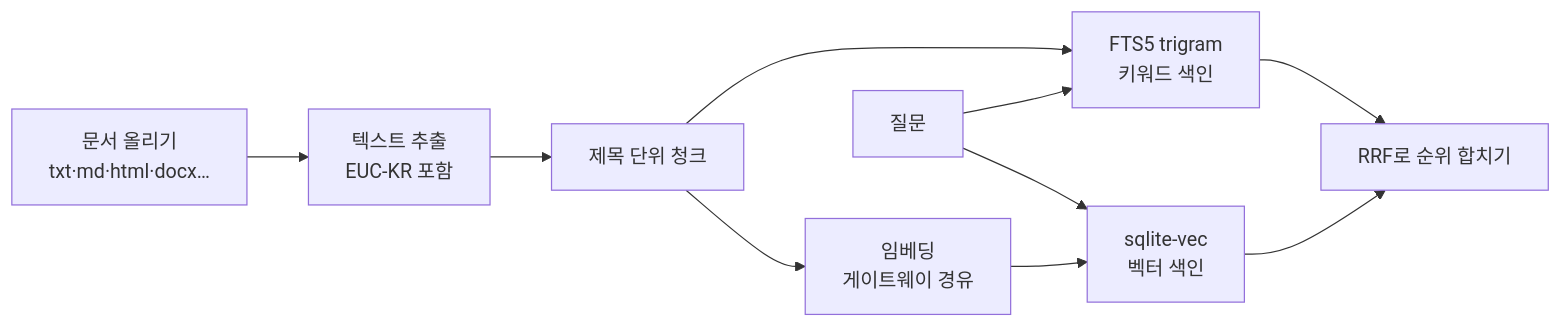
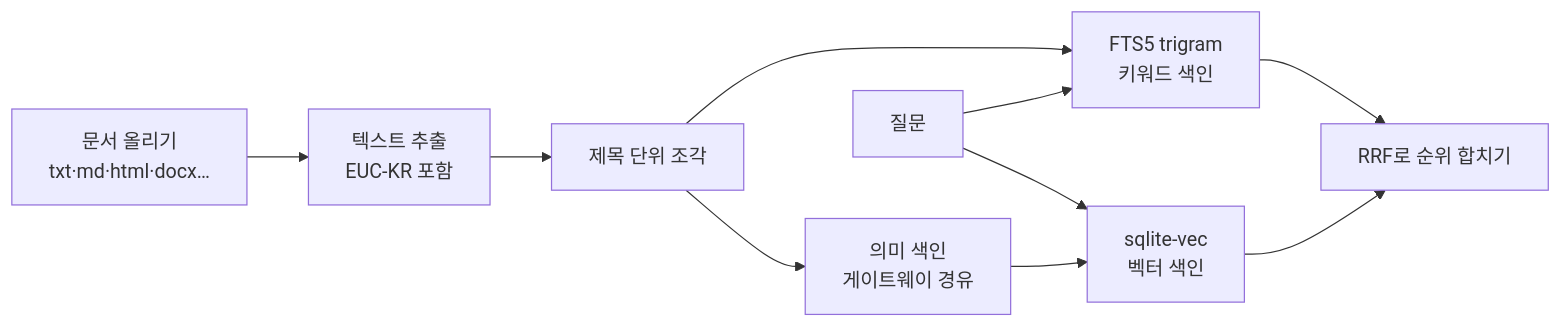
The diagram in platform/docs-rag.md (Malburi/hnix-ax-site), drawn with Mermaid before and after one commit. The commit also changed other lines of this file and 45 other files, not shown here.

````diff
--- a/platform/docs-rag.md
+++ b/platform/docs-rag.md
@@ -9,9 +9,9 @@
 ```mermaid
 flowchart LR
-    U["문서 올리기<br/>txt·md·html·docx…"] --> X["텍스트 추출<br/>EUC-KR 포함"] --> C["제목 단위 청크"]
+    U["문서 올리기<br/>txt·md·html·docx…"] --> X["텍스트 추출<br/>EUC-KR 포함"] --> C["제목 단위 조각"]
     C --> F["FTS5 trigram<br/>키워드 색인"]
-    C --> E["임베딩<br/>게이트웨이 경유"] --> V["sqlite-vec<br/>벡터 색인"]
+    C --> E["의미 색인<br/>게이트웨이 경유"] --> V["sqlite-vec<br/>벡터 색인"]
     Q["질문"] --> F & V
     F --> R["RRF로 순위 합치기"]
     V --> R
 ```
````
